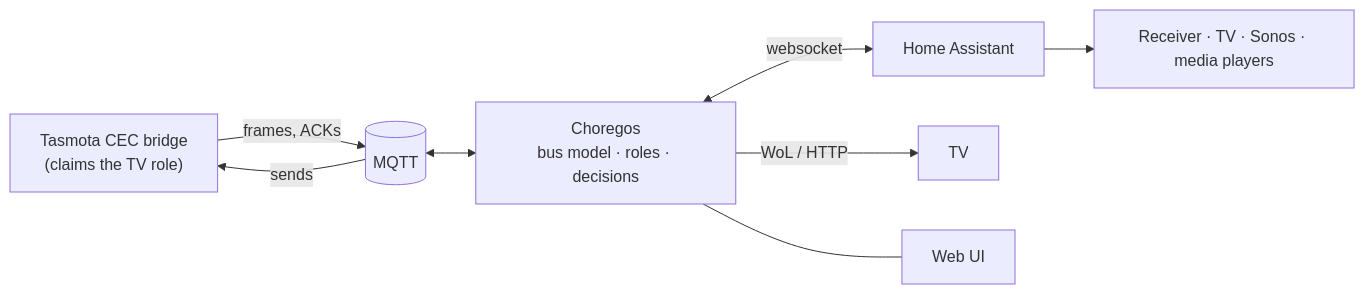
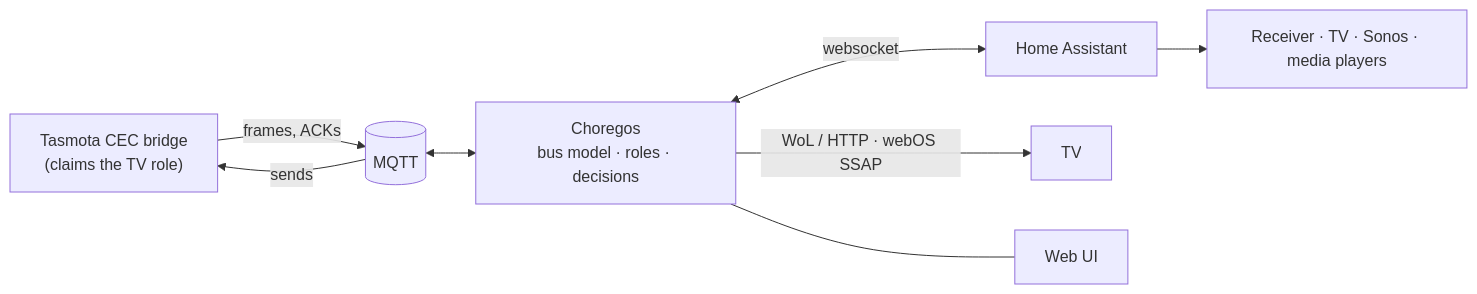
One commit to yasen-pavlov/choregos changed the diagram in README.md. Above: the diagram before and after it, drawn with Mermaid. The commit also changed other lines of this file and 12 other files, not shown here.

First line of the commit message:
Turn the TV off natively over webOS SSAP (#16)

````diff
--- a/README.md
+++ b/README.md
@@ -53,10 +53,10 @@
 ```mermaid
 flowchart LR
     bridge["Tasmota CEC bridge<br/>(claims the TV role)"] -- "frames, ACKs" --> mqtt[(MQTT)]
     mqtt -- "sends" --> bridge
     mqtt <--> choregos["Choregos<br/>bus model · roles · decisions"]
     choregos <-- "websocket" --> ha["Home Assistant"]
     ha --> devices["Receiver · TV · Sonos · media players"]
-    choregos -- "WoL / HTTP" --> tv["TV"]
+    choregos -- "WoL / HTTP · webOS SSAP" --> tv["TV"]
     choregos --- web["Web UI"]
 ```
````
